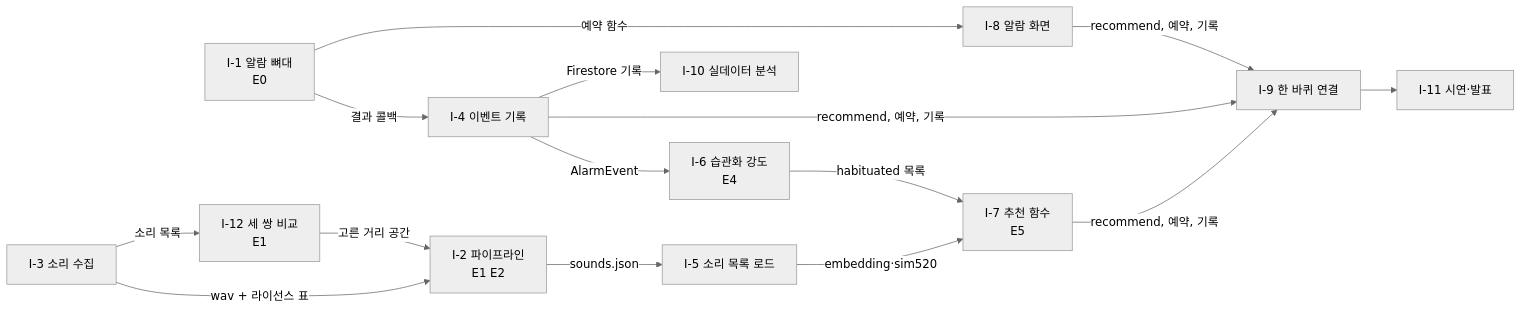
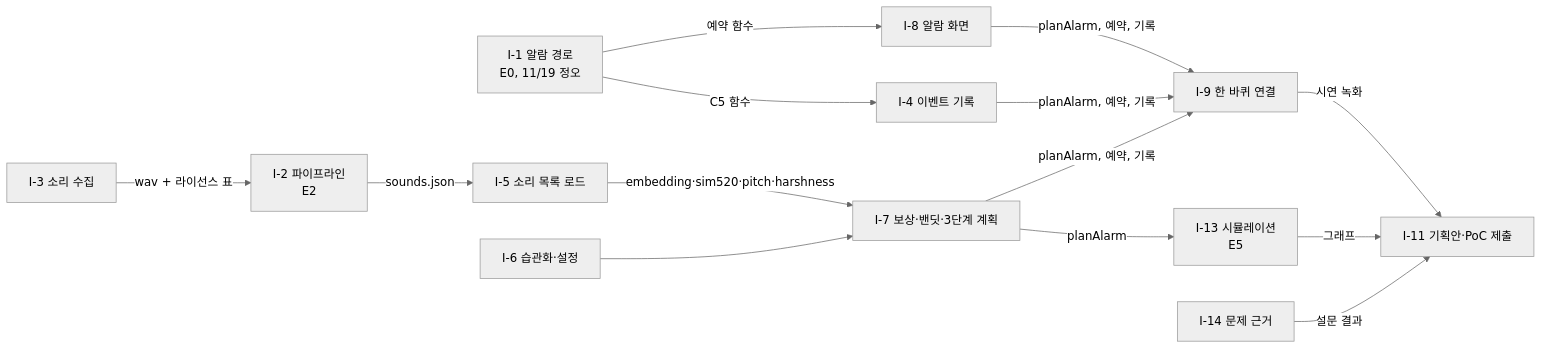
The diagram in docs/context/issues-draft.md (lyw012012-cpu/appa-anjanda), drawn with Mermaid (neutral theme) before and after one commit. The commit also changed other lines of this file and 7 other files, not shown here.

````diff
--- a/docs/context/issues-draft.md
+++ b/docs/context/issues-draft.md
@@ -24,15 +32,14 @@
 ```mermaid
 flowchart LR
-  I1[I-1 알람 뼈대<br/>E0] -->|결과 콜백| I4[I-4 이벤트 기록]
+  I1[I-1 알람 경로<br/>E0, 11/19 정오] -->|C5 함수| I4[I-4 이벤트 기록]
   I1 -->|예약 함수| I8[I-8 알람 화면]
-  I3[I-3 소리 수집] -->|wav + 라이선스 표| I2[I-2 파이프라인<br/>E1 E2]
-  I3 -->|소리 목록| I12[I-12 세 쌍 비교<br/>E1]
-  I12 -->|고른 거리 공간| I2
+  I3[I-3 소리 수집] -->|wav + 라이선스 표| I2[I-2 파이프라인<br/>E2]
   I2 -->|sounds.json| I5[I-5 소리 목록 로드]
-  I4 -->|AlarmEvent| I6[I-6 습관화 강도<br/>E4]
-  I6 -->|habituated 목록| I7[I-7 추천 함수<br/>E5]
-  I5 -->|embedding·sim520| I7
-  I4 & I7 & I8 -->|recommend, 예약, 기록| I9[I-9 한 바퀴 연결]
-  I4 -->|Firestore 기록| I10[I-10 실데이터 분석]
-  I9 --> I11[I-11 시연·발표]
+  I6[I-6 습관화·설정] --> I7[I-7 보상·밴딧·3단계 계획]
+  I5 -->|embedding·sim520·pitch·harshness| I7
+  I7 -->|planAlarm| I13[I-13 시뮬레이션<br/>E5]
+  I4 & I7 & I8 -->|planAlarm, 예약, 기록| I9[I-9 한 바퀴 연결]
+  I9 -->|시연 녹화| I11[I-11 기획안·PoC 제출]
+  I13 -->|그래프| I11
+  I14[I-14 문제 근거] -->|설문 결과| I11
 ```
````
